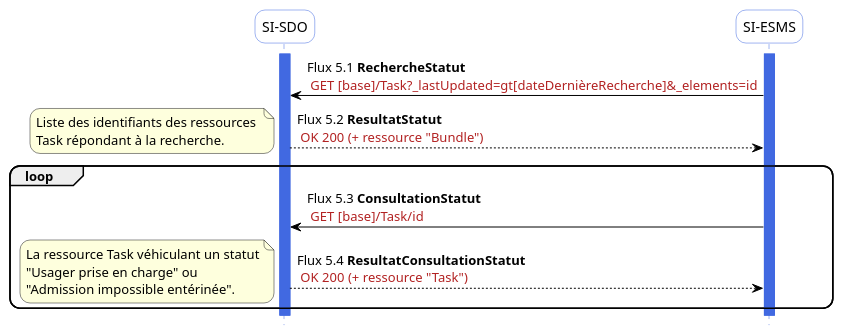
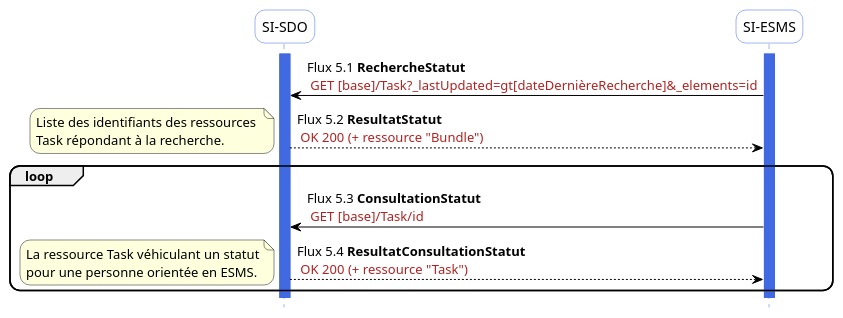
The diagram in input/images-source/flux5.plantuml (ansforge/IG-fhir-medicosocial-suivi-decisions-orientation), drawn with PlantUML before and after one commit. The commit also changed 8 other files, not shown here.

```diff
--- a/input/images-source/flux5.plantuml
+++ b/input/images-source/flux5.plantuml
@@ -1,46 +1,45 @@
 @startuml flux5
 hide footbox
 
 skinparam sequence {
  arrowColor black
  ParticipantBorderColor RoyalBlue
  ParticipantBackgroundColor white
  LifeLineBorderColor RoyalBlue
  LifeLineBackgroundColor RoyalBlue
  ParticipantFontSize 14
  ParticipantFontName arial
  ParticipantPadding 20
 }
 skinparam  roundcorner 20
 
 
 participant "SI-SDO" as SDO
 participant "SI-ESMS" as ESMS
 activate SDO
 activate ESMS
 
 
 ESMS-[#black]> SDO : Flux 5.1 **RechercheStatut** \n <color #FireBrick>GET [base]/Task?_lastUpdated=gt[dateDernièreRecherche]&_elements=id</color>
 SDO-[#black]-> ESMS: Flux 5.2 **ResultatStatut** \n <color #FireBrick>OK 200 (+ ressource "Bundle")</color>
 
 note left
 Liste des identifiants des ressources 
 Task répondant à la recherche.
 end note
 
 loop 
 ESMS-[#black]> SDO : Flux 5.3 **ConsultationStatut** \n <color #FireBrick>GET [base]/Task/id</color>
 SDO-[#black]-> ESMS: Flux 5.4 **ResultatConsultationStatut** \n <color #FireBrick>OK 200 (+ ressource "Task")</color>
 note left
 La ressource Task véhiculant un statut
-"Usager prise en charge" ou 
-"Admission impossible entérinée".
+pour une personne orientée en ESMS.
 end note
 end loop
 
 
 
 
 deactivate SDO
 deactivate ESMS
 @enduml
```
